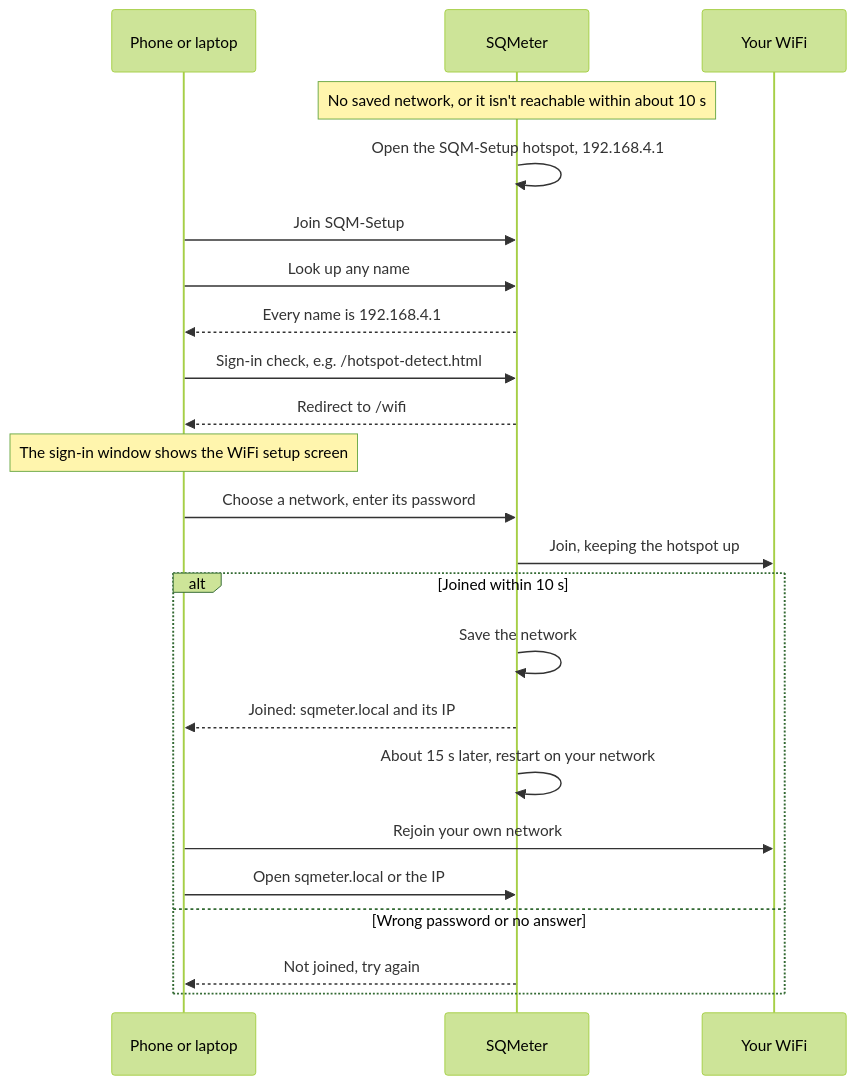
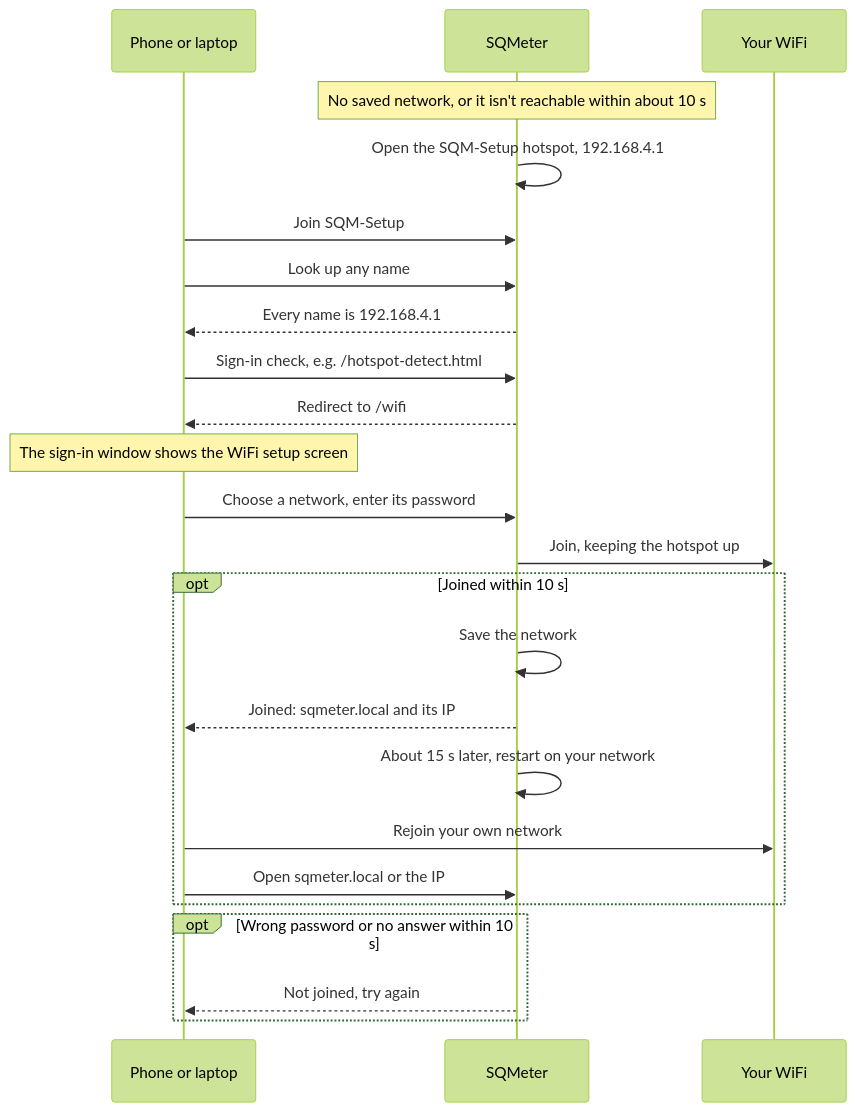
One commit to DeanJ87/SQMeter changed the diagram in docs/getting-started/first-setup.md. Above: the diagram before and after it, drawn with Mermaid (forest theme). The commit also changed 3 other files, not shown here.

Commit message:
docs: clearer MQTT map, readable sequence branches, compact alert gates (024 T032 render review)

````diff
--- a/docs/getting-started/first-setup.md
+++ b/docs/getting-started/first-setup.md
@@ -12,27 +12,28 @@
 ```mermaid
 sequenceDiagram
     accTitle: First setup
     accDescr: The device opens the SQM-Setup hotspot and answers every name lookup with itself, so the phone's sign-in window opens the WiFi setup screen. After you pick a network, the device joins it while keeping the hotspot, saves it once joined, shows its new address and restarts on your network about 15 seconds later.
     participant P as Phone or laptop
     participant D as SQMeter
     participant R as Your WiFi
     Note over D: No saved network, or it isn't reachable within about 10 s
     D->>D: Open the SQM-Setup hotspot, 192.168.4.1
     P->>D: Join SQM-Setup
     P->>D: Look up any name
     D-->>P: Every name is 192.168.4.1
     P->>D: Sign-in check, e.g. /hotspot-detect.html
     D-->>P: Redirect to /wifi
     Note over P: The sign-in window shows the WiFi setup screen
     P->>D: Choose a network, enter its password
     D->>R: Join, keeping the hotspot up
-    alt Joined within 10 s
+    opt Joined within 10 s
         D->>D: Save the network
         D-->>P: Joined: sqmeter.local and its IP
         D->>D: About 15 s later, restart on your network
         P->>R: Rejoin your own network
         P->>D: Open sqmeter.local or the IP
-    else Wrong password or no answer
+    end
+    opt Wrong password or no answer within 10 s
         D-->>P: Not joined, try again
     end
 ```
````
